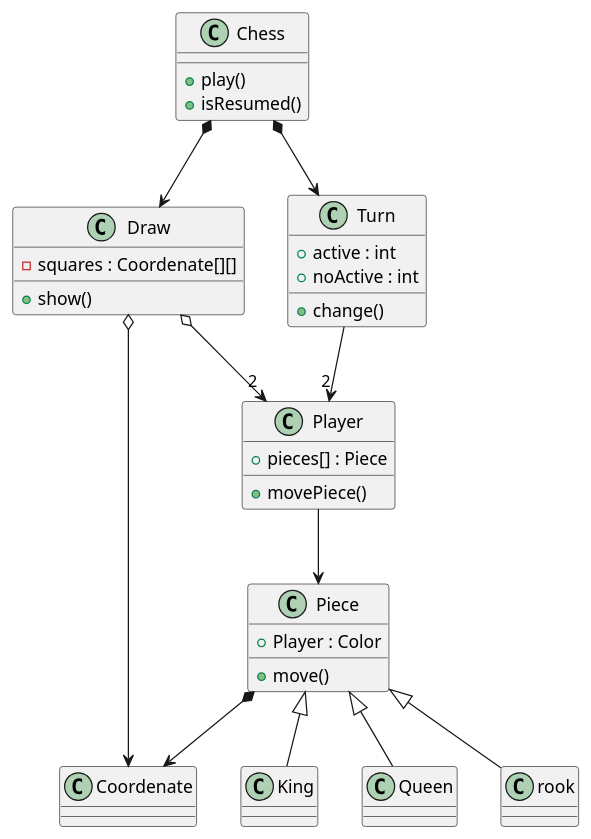
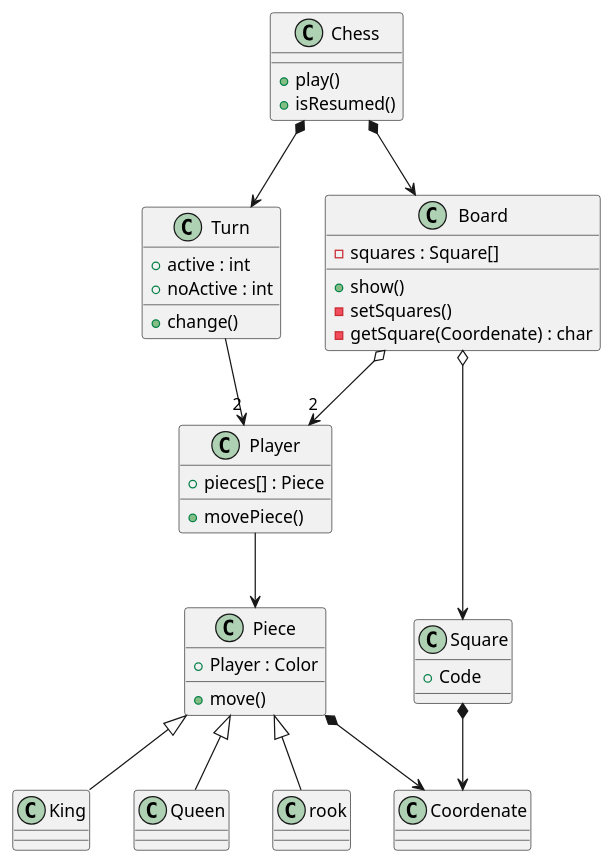
Before and after one commit to Master-Desarrollo-20-21/ejercicio-4-ajedrez-polimorfismo-kiarras: the diagram in Chess/Chess-Class.wsd, drawn with PlantUML. The commit also changed 3 other files, not shown here.

Commit message:
Change draw to board

```diff
--- a/Chess/Chess-Class.wsd
+++ b/Chess/Chess-Class.wsd
@@ -1,33 +1,39 @@
 @startuml Chess
 Class Chess{
     + play()
     + isResumed()
 }
-Chess *--> Draw
-Class Draw{
-    - squares : Coordenate[][]
-    + show()
-}
-Draw o--> Coordenate
-Draw o--> "2" Player
+Chess *--> Turn 
 Class Turn{
     + active : int
     + noActive : int
     + change()
 }
-Chess *--> Turn 
 Turn --> "2" Player
+Chess *--> Board
+Class Board{
+    - squares : Square[]
+    + show()
+    - setSquares()
+    - getSquare(Coordenate) : char
+}
+Board o--> Square
+Board o--> "2" Player
+Class Square{
+    + Code
+}
+Square *--> Coordenate
 Class Player{
     + pieces[] : Piece
     + movePiece()
 }
 Piece *--> Coordenate
 Player --> Piece
 Class Piece{
     + Player : Color
     + move()
 }
 Piece <|-- King
 Piece <|-- Queen
 Piece <|-- rook
 @enduml
```
